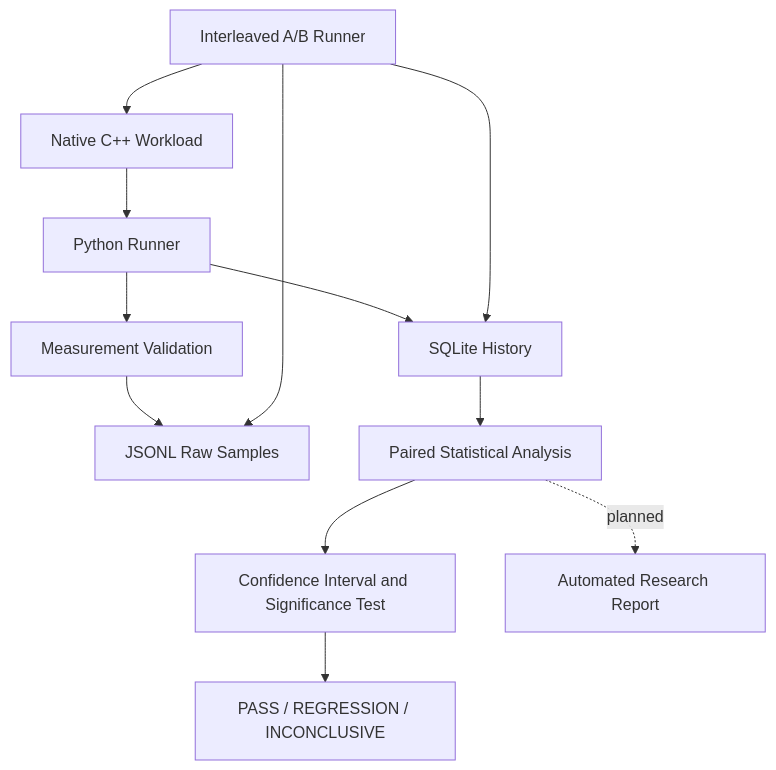
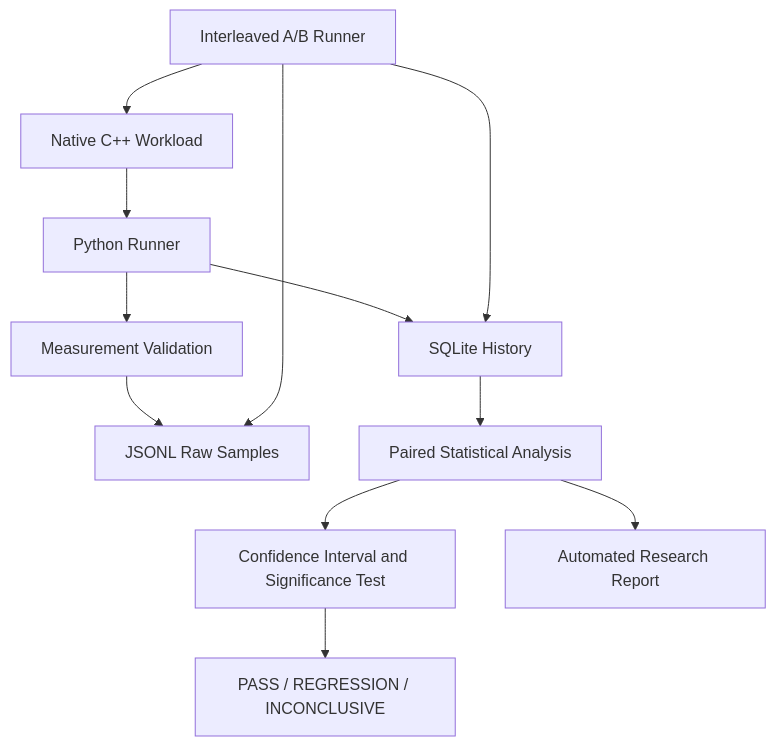
One commit to gavneet0030/BenchForge changed the diagram in README.md. Above: the diagram before and after it, drawn with Mermaid. The commit also changed other lines of this file and 12 other files, not shown here.

````diff
--- a/README.md
+++ b/README.md
@@ -56,14 +56,14 @@
 ```mermaid
 flowchart TD
     A[Native C++ Workload] --> B[Python Runner]
     B --> C[Measurement Validation]
     C --> D[JSONL Raw Samples]
     B --> E[SQLite History]
     F[Interleaved A/B Runner] --> A
     F --> D
     F --> E
     E --> G[Paired Statistical Analysis]
     G --> H[Confidence Interval and Significance Test]
     H --> I[PASS / REGRESSION / INCONCLUSIVE]
-    G -. planned .-> J[Automated Research Report]
+    G --> J[Automated Research Report]
 ```
````
